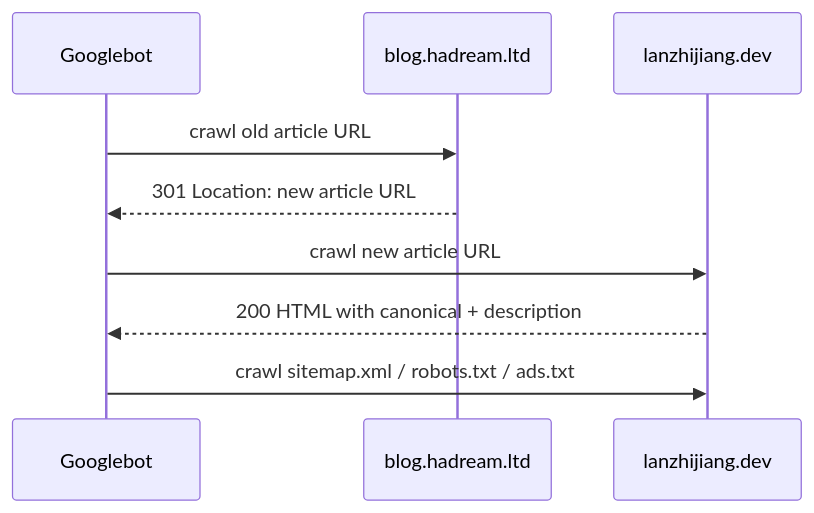
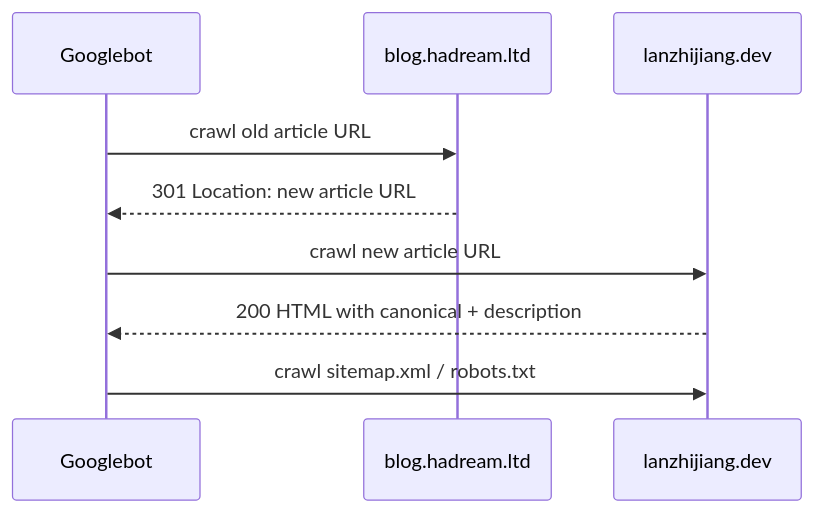
Before and after one commit to xiaoland/xiaoland: the diagram in tasks/seo-ads-migration/minimal-migration-plan.md, drawn with Mermaid. The commit also changed other lines of this file and 5 other files, not shown here.

````diff
--- a/tasks/seo-ads-migration/minimal-migration-plan.md
+++ b/tasks/seo-ads-migration/minimal-migration-plan.md
@@ -7,12 +7,12 @@
 ```mermaid
 sequenceDiagram
   participant G as Googlebot
   participant O as blog.hadream.ltd
   participant N as lanzhijiang.dev
 
   G->>O: crawl old article URL
   O-->>G: 301 Location: new article URL
   G->>N: crawl new article URL
   N-->>G: 200 HTML with canonical + description
-  G->>N: crawl sitemap.xml / robots.txt / ads.txt
+  G->>N: crawl sitemap.xml / robots.txt
 ```
````
